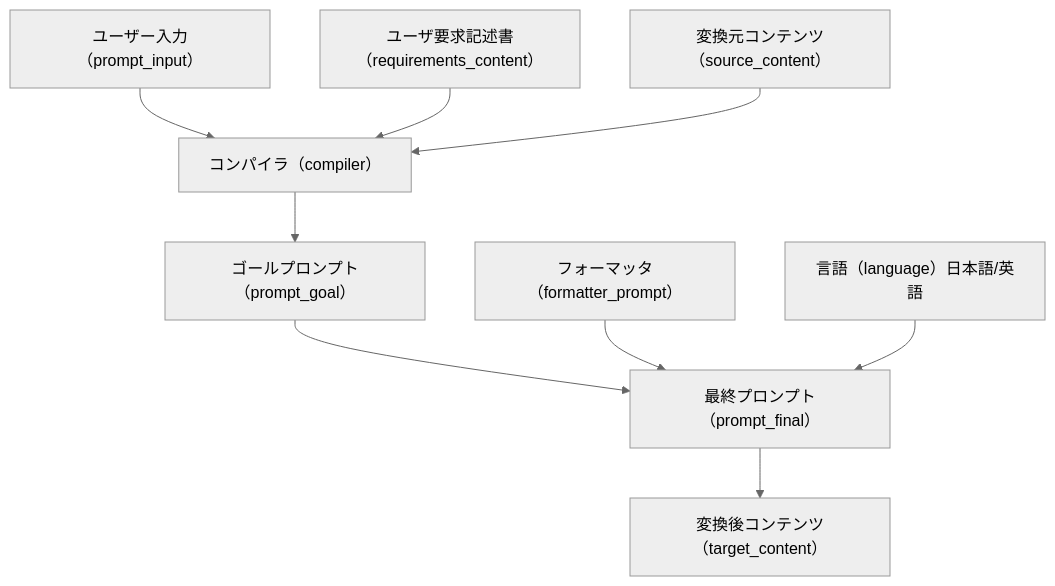
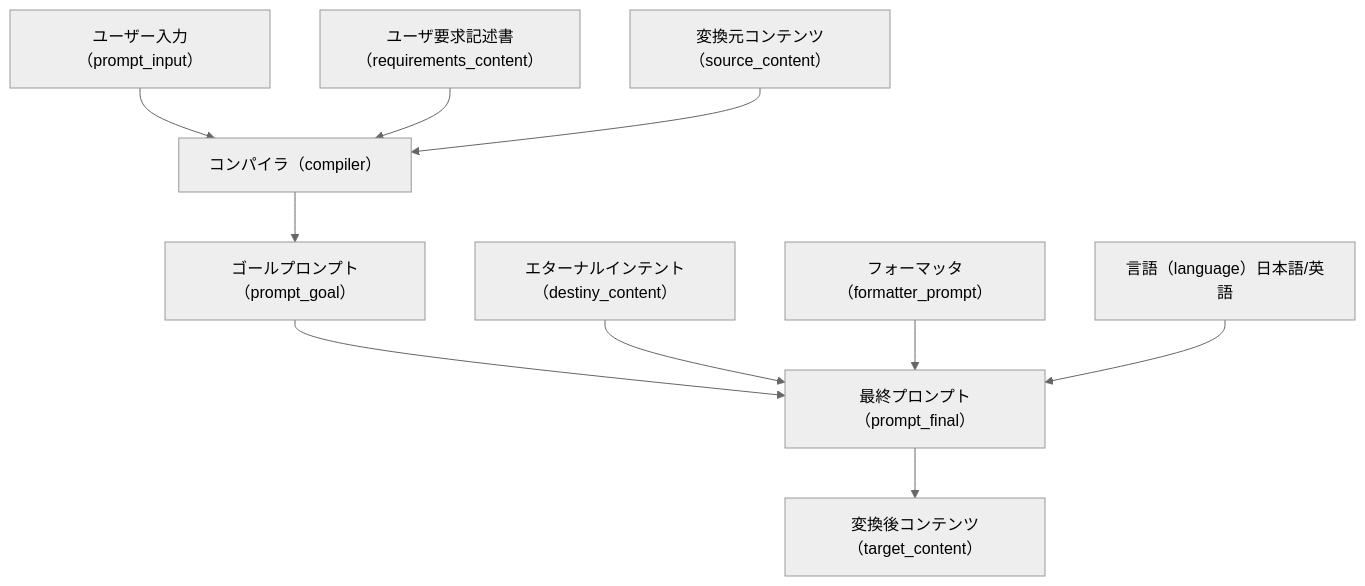
One commit to nobu007/zoltraak_auto changed the second of 2 diagrams in ARCHITECTURE.md. Above: the diagram before and after it, drawn with Mermaid (neutral theme). The commit also changed 4 other files, not shown here.

````diff
--- a/ARCHITECTURE.md
+++ b/ARCHITECTURE.md
@@ -66,11 +66,12 @@
 ```mermaid
 flowchart TD
     A[ユーザー入力（prompt_input）] --> X[コンパイラ（compiler）]
     B[ユーザ要求記述書（requirements_content）] --> X
     C[変換元コンテンツ（source_content）] --> X
     X --> X2[ゴールプロンプト（prompt_goal）]
     X2 --> Y[最終プロンプト（prompt_final）]
+    X3[エターナルインテント（destiny_content）] --> Y
     D[フォーマッタ（formatter_prompt）] --> Y
     E[言語（language）日本語/英語] --> Y
     Y --> Z[変換後コンテンツ（target_content）]
 ```
````
